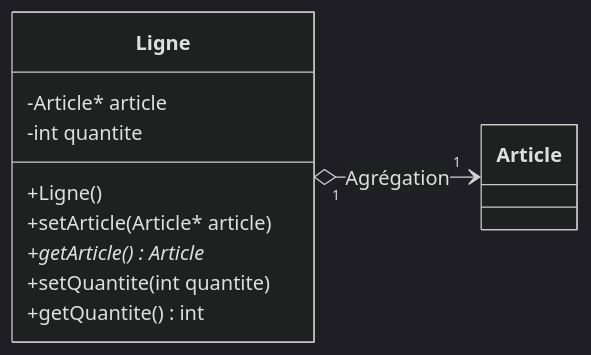
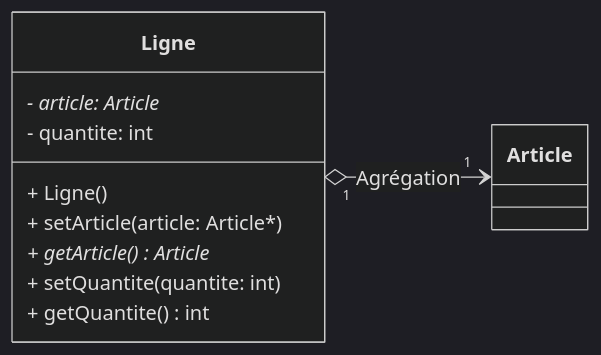
Before and after one commit to fabrice1618/intro-C: diagram 12 of 18 in cours_poo.md, drawn with Mermaid (dark theme). The commit also changed other lines of this file and 1 other file, not shown here.

Commit message:
correction UML

````diff
--- a/cours_poo.md
+++ b/cours_poo.md
@@ -1375,18 +1375,18 @@
 ```mermaid
 classDiagram
   direction LR
 
 class Article
 
 class Ligne{
-    -Article* article
-    -int quantite
-    +Ligne()    
-    +setArticle(Article* article)
-    +getArticle() Article *
-    +setQuantite(int quantite)
-    +getQuantite() int
+    - article: Article*
+    - quantite: int
+    + Ligne()    
+    + setArticle(article: Article*)
+    + getArticle() Article *
+    + setQuantite(quantite: int)
+    + getQuantite() int
 }
 
 Ligne "1" o--> "1" Article : Agrégation
 ```
````
